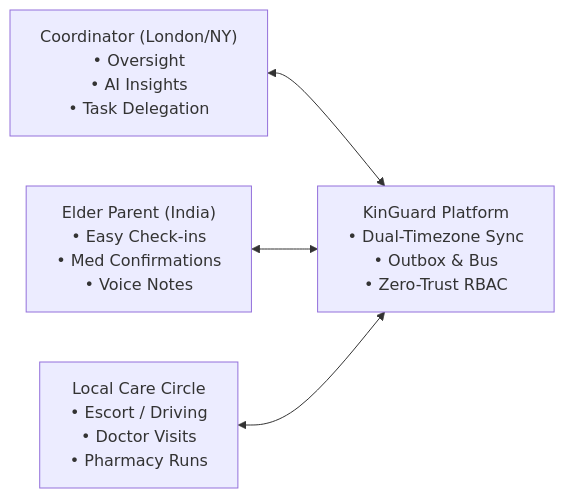
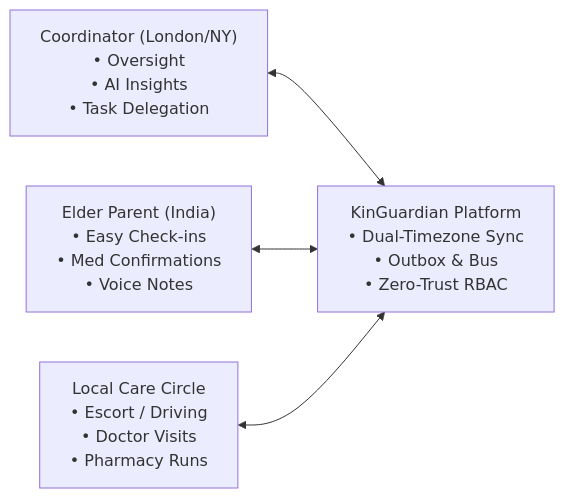
One commit to OpenHealthAgents/kinguardian-platform changed the first of 2 diagrams in ARCHITECTURE_DEEP_DIVE.md. Above: the diagram before and after it, drawn with Mermaid. The commit also changed other lines of this file and 188 other files, not shown here.

Commit message:
feat(branding): finalize KinGuardian rename across all architecture docs, tests, and configs

````diff
--- a/ARCHITECTURE_DEEP_DIVE.md
+++ b/ARCHITECTURE_DEEP_DIVE.md
@@ -24,11 +24,11 @@
 ```mermaid
 graph LR
     Coordinator["Coordinator (London/NY)<br/>• Oversight<br/>• AI Insights<br/>• Task Delegation"]
-    KinGuard["KinGuard Platform<br/>• Dual-Timezone Sync<br/>• Outbox & Bus<br/>• Zero-Trust RBAC"]
+    KinGuardian["KinGuardian Platform<br/>• Dual-Timezone Sync<br/>• Outbox & Bus<br/>• Zero-Trust RBAC"]
     Parent["Elder Parent (India)<br/>• Easy Check-ins<br/>• Med Confirmations<br/>• Voice Notes"]
     Caregiver["Local Care Circle<br/>• Escort / Driving<br/>• Doctor Visits<br/>• Pharmacy Runs"]
 
-    Coordinator <--> KinGuard
-    Parent <--> KinGuard
-    Caregiver <--> KinGuard
+    Coordinator <--> KinGuardian
+    Parent <--> KinGuardian
+    Caregiver <--> KinGuardian
 ```
````
